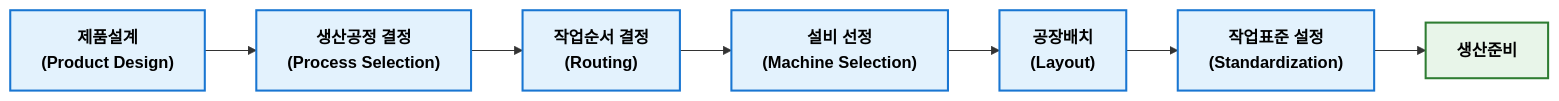
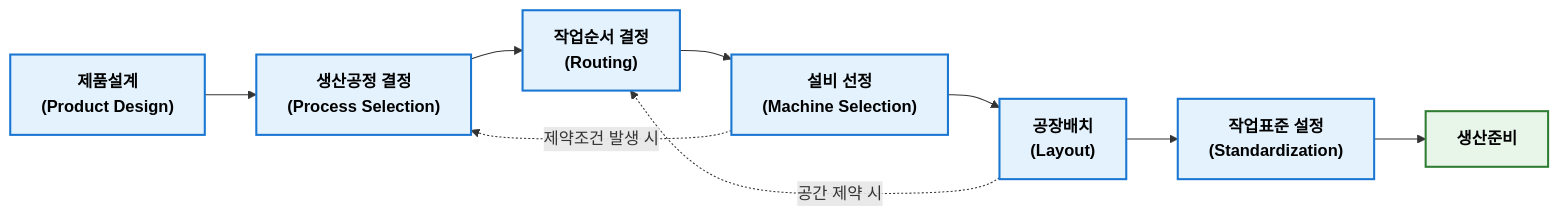
The first of 2 diagrams in docs/0302_process_design.md (yeonkyupark/pepc3e), drawn with Mermaid before and after one commit. The commit also changed other lines of this file, not shown here.

````diff
--- a/docs/0302_process_design.md
+++ b/docs/0302_process_design.md
@@ -39,20 +37,24 @@
 ```mermaid
 flowchart LR
     classDef process fill:#E3F2FD,stroke:#1976D2,stroke-width:2px,color:#000,font-weight:bold;
     classDef final fill:#E8F5E9,stroke:#2E7D32,stroke-width:2px,color:#000,font-weight:bold;
 
     A["제품설계<br/>(Product Design)"]:::process
     B["생산공정 결정<br/>(Process Selection)"]:::process
     C["작업순서 결정<br/>(Routing)"]:::process
     D["설비 선정<br/>(Machine Selection)"]:::process
     E["공장배치<br/>(Layout)"]:::process
     F["작업표준 설정<br/>(Standardization)"]:::process
     G["생산준비"]:::final
 
     A --> B
     B --> C
     C --> D
     D --> E
     E --> F
     F --> G
+
+    %% 피드백 루프 추가
+    D -. 제약조건 발생 시 .-> B
+    E -. 공간 제약 시 .-> C
 ```
````
